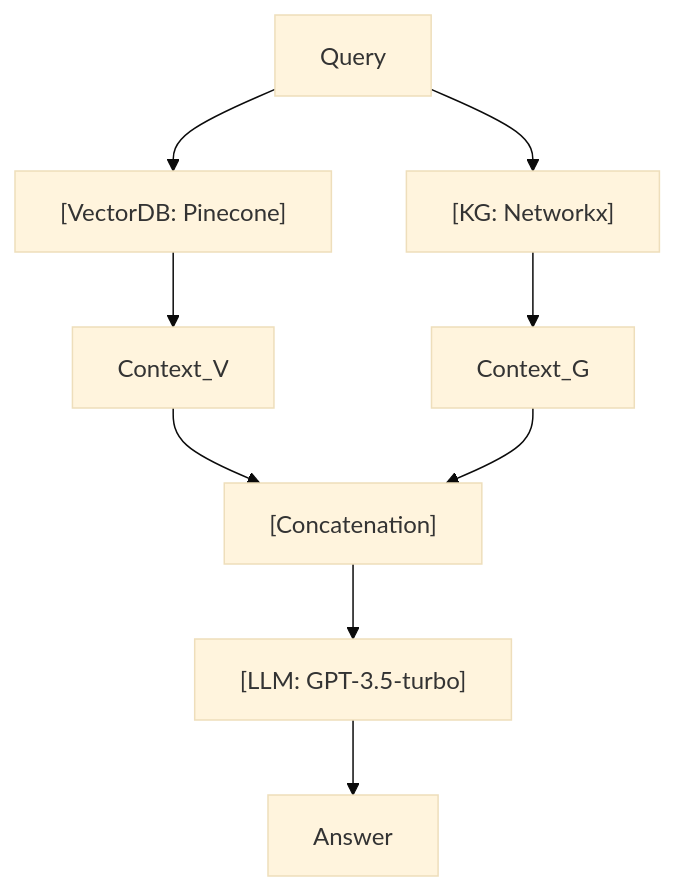
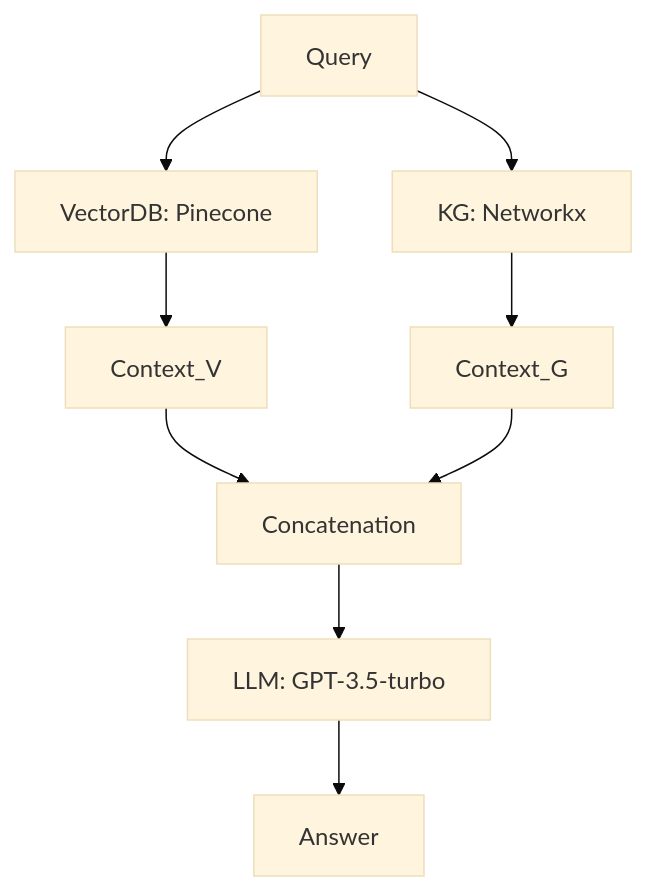
Before and after one commit to sou350121/Trading-Handbook: the diagram in foundations/llm-agentic/hybridrag.md, drawn with Mermaid (base theme). The commit also changed 191 other files, not shown here.

First line of the commit message:
render: fix math + mermaid for GitHub across the corpus (188 pages)

````diff
--- a/foundations/llm-agentic/hybridrag.md
+++ b/foundations/llm-agentic/hybridrag.md
@@ -31,11 +31,11 @@
 ```mermaid
 flowchart TD
-    Q["Query"] --> VDB["[VectorDB: Pinecone]"]
-    VDB["[VectorDB: Pinecone]"] --> CV["Context_V"]
-    CV["Context_V"] --> C["[Concatenation]"]
-    Q["Query"] --> KG["[KG: Networkx]"]
-    KG["[KG: Networkx]"] --> CG["Context_G"]
-    CG["Context_G"] --> C["[Concatenation]"]
-    C["[Concatenation]"] --> LLM["[LLM: GPT-3.5-turbo]"]
-    LLM["[LLM: GPT-3.5-turbo]"] --> Ans["Answer"]
+    Q["Query"] --> VDB["VectorDB: Pinecone"]
+    VDB["VectorDB: Pinecone"] --> CV["Context_V"]
+    CV["Context_V"] --> C["Concatenation"]
+    Q["Query"] --> KG["KG: Networkx"]
+    KG["KG: Networkx"] --> CG["Context_G"]
+    CG["Context_G"] --> C["Concatenation"]
+    C["Concatenation"] --> LLM["LLM: GPT-3.5-turbo"]
+    LLM["LLM: GPT-3.5-turbo"] --> Ans["Answer"]
 ```
````
